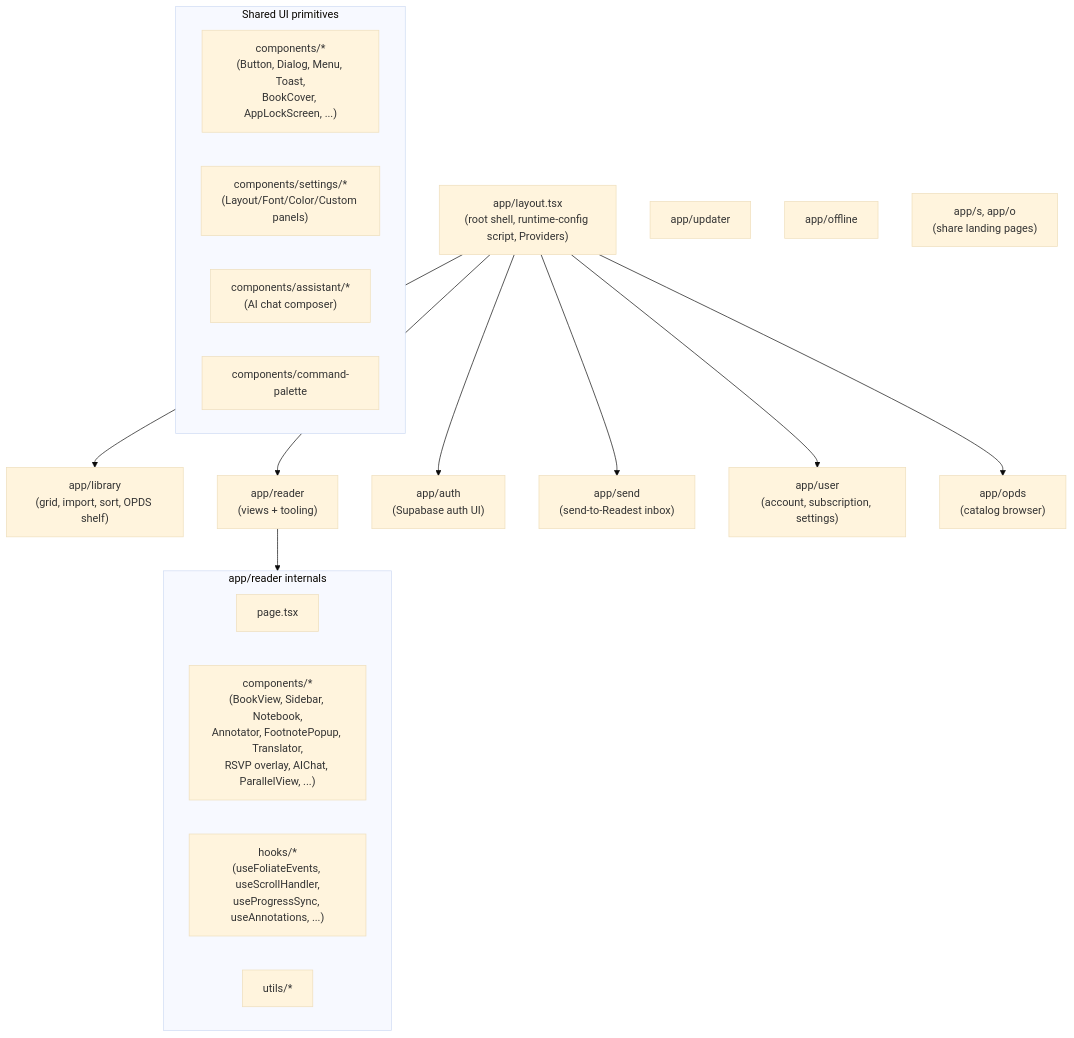
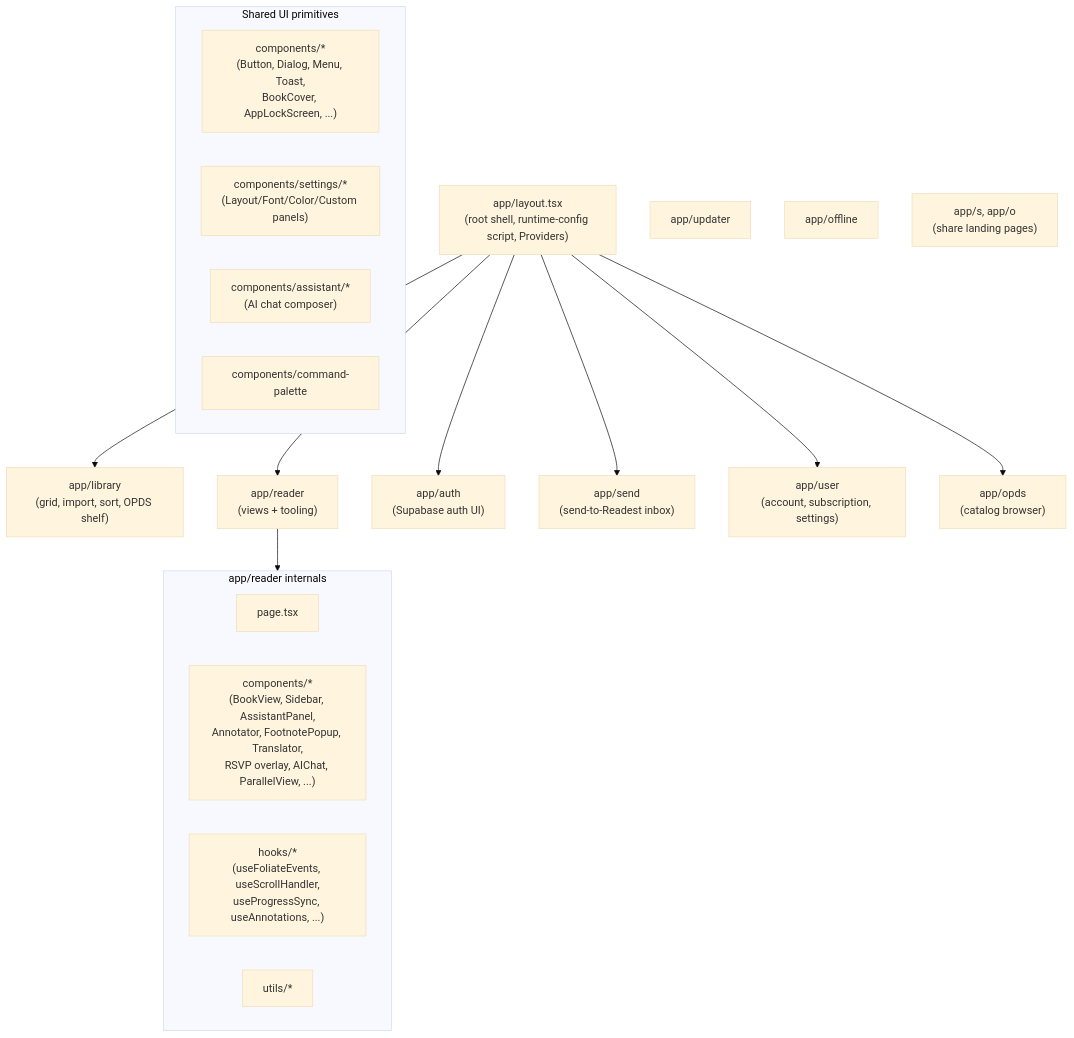
One commit to lima1217/wellread changed the third of 5 diagrams in apps/readest-app/docs/architecture.md. Above: the diagram before and after it, drawn with Mermaid (base theme). The commit also changed other lines of this file and 28 other files, not shown here.

First line of the commit message:
Rename notebook shell to assistant panel and retarget the AI toggler.

````diff
--- a/apps/readest-app/docs/architecture.md
+++ b/apps/readest-app/docs/architecture.md
@@ -164,35 +164,35 @@
 ```mermaid
 flowchart TB
     Layout["app/layout.tsx<br/>(root shell, runtime-config script, Providers)"]
     Library["app/library<br/>(grid, import, sort, OPDS shelf)"]
     Reader["app/reader<br/>(views + tooling)"]
     Auth["app/auth<br/>(Supabase auth UI)"]
     Send["app/send<br/>(send-to-Readest inbox)"]
     User["app/user<br/>(account, subscription, settings)"]
     Updater["app/updater"]
     Offline["app/offline"]
     OPDS["app/opds<br/>(catalog browser)"]
     Share["app/s, app/o<br/>(share landing pages)"]
 
     Layout --> Library
     Layout --> Reader
     Layout --> Auth
     Layout --> Send
     Layout --> User
     Layout --> OPDS
 
     subgraph ReaderInternals["app/reader internals"]
         ReaderPage["page.tsx"]
-        ReaderComps["components/*<br/>(BookView, Sidebar, Notebook,<br/>Annotator, FootnotePopup, Translator,<br/>RSVP overlay, AIChat, ParallelView, ...)"]
+        ReaderComps["components/*<br/>(BookView, Sidebar, AssistantPanel,<br/>Annotator, FootnotePopup, Translator,<br/>RSVP overlay, AIChat, ParallelView, ...)"]
         ReaderHooks["hooks/*<br/>(useFoliateEvents, useScrollHandler,<br/>useProgressSync, useAnnotations, ...)"]
         ReaderUtils["utils/*"]
     end
     Reader --> ReaderInternals
 
     subgraph Shared["Shared UI primitives"]
         Components["components/*<br/>(Button, Dialog, Menu, Toast,<br/>BookCover, AppLockScreen, ...)"]
         Settings["components/settings/*<br/>(Layout/Font/Color/Custom panels)"]
         Assistant["components/assistant/*<br/>(AI chat composer)"]
         CmdPalette["components/command-palette"]
     end
 ```
````
